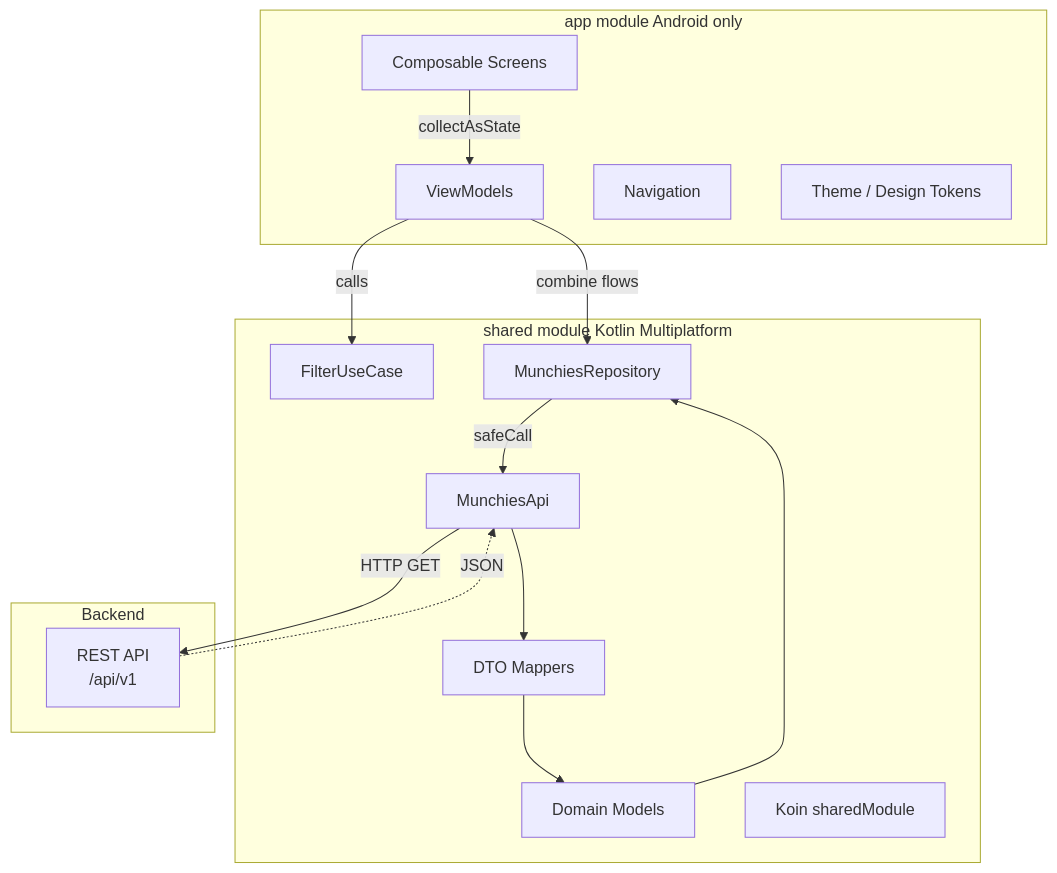
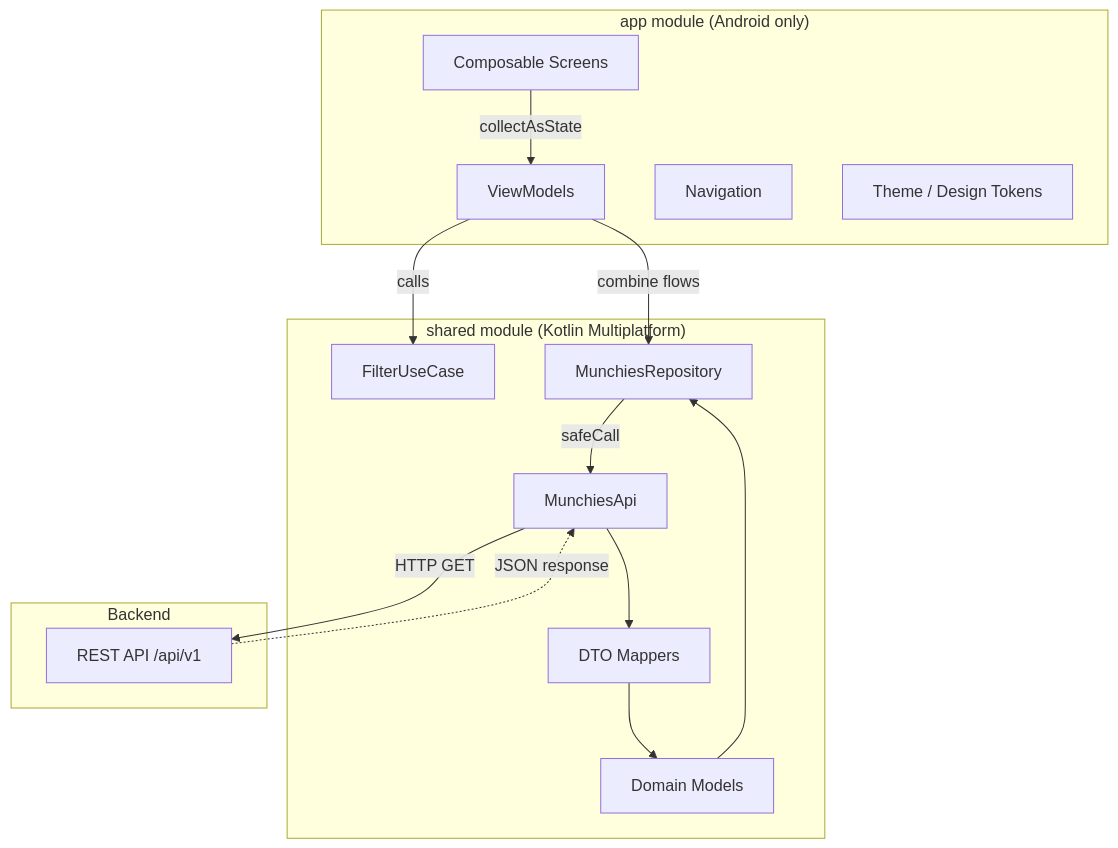
Before and after one commit to sven-pettersson/Munchies: the first of 8 diagrams in PRESENTATION.md, drawn with Mermaid. The commit also changed other lines of this file, not shown here.

Commit message:
feat:adding presentation with graphs

````diff
--- a/PRESENTATION.md
+++ b/PRESENTATION.md
@@ -24,30 +24,28 @@
 ```mermaid
 graph TD
-    subgraph app module  Android only
-        UI[Composable Screens]
-        VM[ViewModels]
-        NAV[Navigation]
-        TH[Theme / Design Tokens]
-    end
-
-    subgraph shared module  Kotlin Multiplatform
-        UC[FilterUseCase]
-        REPO[MunchiesRepository]
-        API[MunchiesApi]
-        DOM[Domain Models]
-        MAP[DTO Mappers]
-        DI[Koin sharedModule]
-    end
-
-    subgraph Backend
-        SRV[REST API\n/api/v1]
-    end
-
-    UI -->|collectAsState| VM
-    VM -->|combine flows| REPO
-    VM -->|calls| UC
-    REPO -->|safeCall| API
-    API -->|HTTP GET| SRV
-    SRV -.->|JSON| API
-    API --> MAP --> DOM --> REPO
+  subgraph app["app module (Android only)"]
+    UI[Composable Screens]
+    VM[ViewModels]
+    NAV[Navigation]
+    TH[Theme / Design Tokens]
+  end
+  subgraph shared["shared module (Kotlin Multiplatform)"]
+    UC[FilterUseCase]
+    REPO[MunchiesRepository]
+    API[MunchiesApi]
+    DOM[Domain Models]
+    MAP[DTO Mappers]
+  end
+  subgraph backend["Backend"]
+    SRV["REST API  /api/v1"]
+  end
+  UI -->|collectAsState| VM
+  VM -->|combine flows| REPO
+  VM -->|calls| UC
+  REPO -->|safeCall| API
+  API -->|HTTP GET| SRV
+  SRV -.->|JSON response| API
+  API --> MAP
+  MAP --> DOM
+  DOM --> REPO
 ```
````
